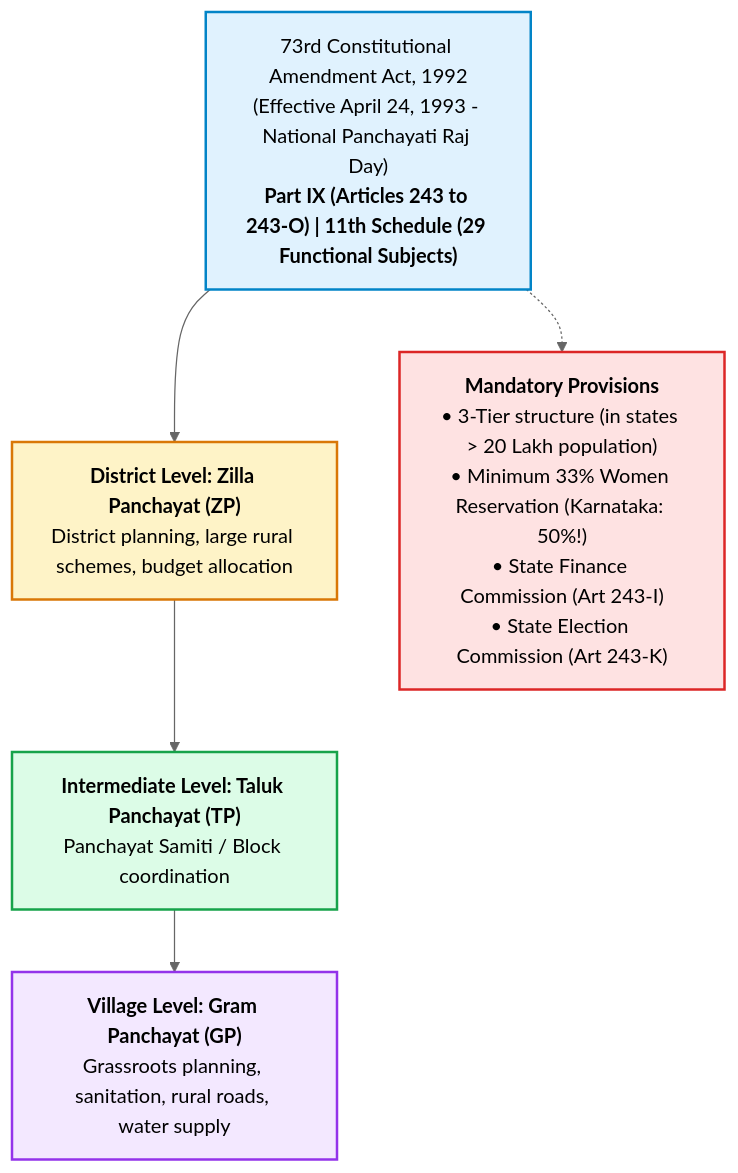
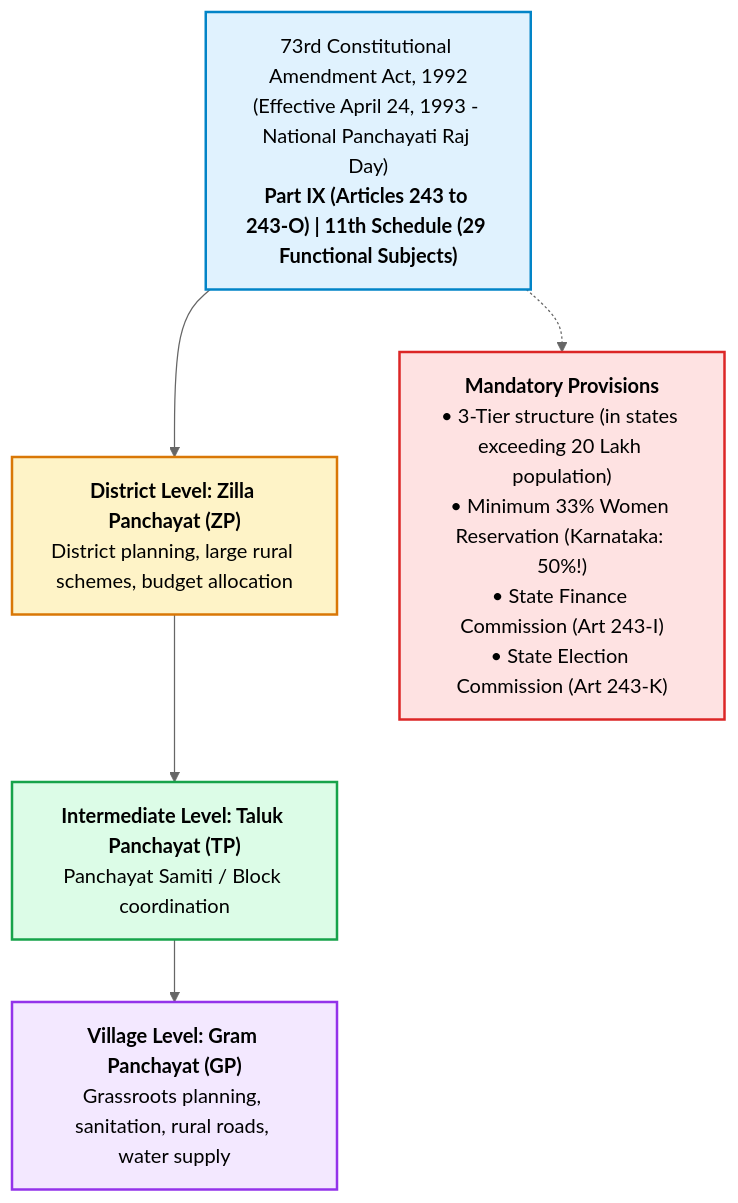
The third of 3 diagrams in Shimul/subjects/indian-constitution.md (Sinister-Doc/Study_Vault), drawn with Mermaid (neutral theme) before and after one commit. The commit also changed other lines of this file and 15 other files, not shown here.

````diff
--- a/Shimul/subjects/indian-constitution.md
+++ b/Shimul/subjects/indian-constitution.md
@@ -166,20 +166,20 @@
 ```mermaid
 flowchart TD
     Gov["73rd Constitutional Amendment Act, 1992<br/>(Effective April 24, 1993 - National Panchayati Raj Day)<br/><b>Part IX (Articles 243 to 243-O) | 11th Schedule (29 Functional Subjects)</b>"]
     
     Zilla["<b>District Level: Zilla Panchayat (ZP)</b><br/>District planning, large rural schemes, budget allocation"]
     Taluk["<b>Intermediate Level: Taluk Panchayat (TP)</b><br/>Panchayat Samiti / Block coordination"]
     Gram["<b>Village Level: Gram Panchayat (GP)</b><br/>Grassroots planning, sanitation, rural roads, water supply"]
 
     Gov --> Zilla --> Taluk --> Gram
     
-    Sub1["<b>Mandatory Provisions</b><br/>• 3-Tier structure (in states > 20 Lakh population)<br/>• Minimum 33% Women Reservation (Karnataka: 50%!)<br/>• State Finance Commission (Art 243-I)<br/>• State Election Commission (Art 243-K)"]
+    Sub1["<b>Mandatory Provisions</b><br/>• 3-Tier structure (in states exceeding 20 Lakh population)<br/>• Minimum 33% Women Reservation (Karnataka: 50%!)<br/>• State Finance Commission (Art 243-I)<br/>• State Election Commission (Art 243-K)"]
 
     Gov -.-> Sub1
 
     style Gov fill:#e0f2fe,stroke:#0284c7,stroke-width:2px
     style Zilla fill:#fef3c7,stroke:#d97706,stroke-width:2px
     style Taluk fill:#dcfce7,stroke:#16a34a,stroke-width:2px
     style Gram fill:#f3e8ff,stroke:#9333ea,stroke-width:2px
     style Sub1 fill:#fee2e2,stroke:#dc2626,stroke-width:2px
 ```
````
